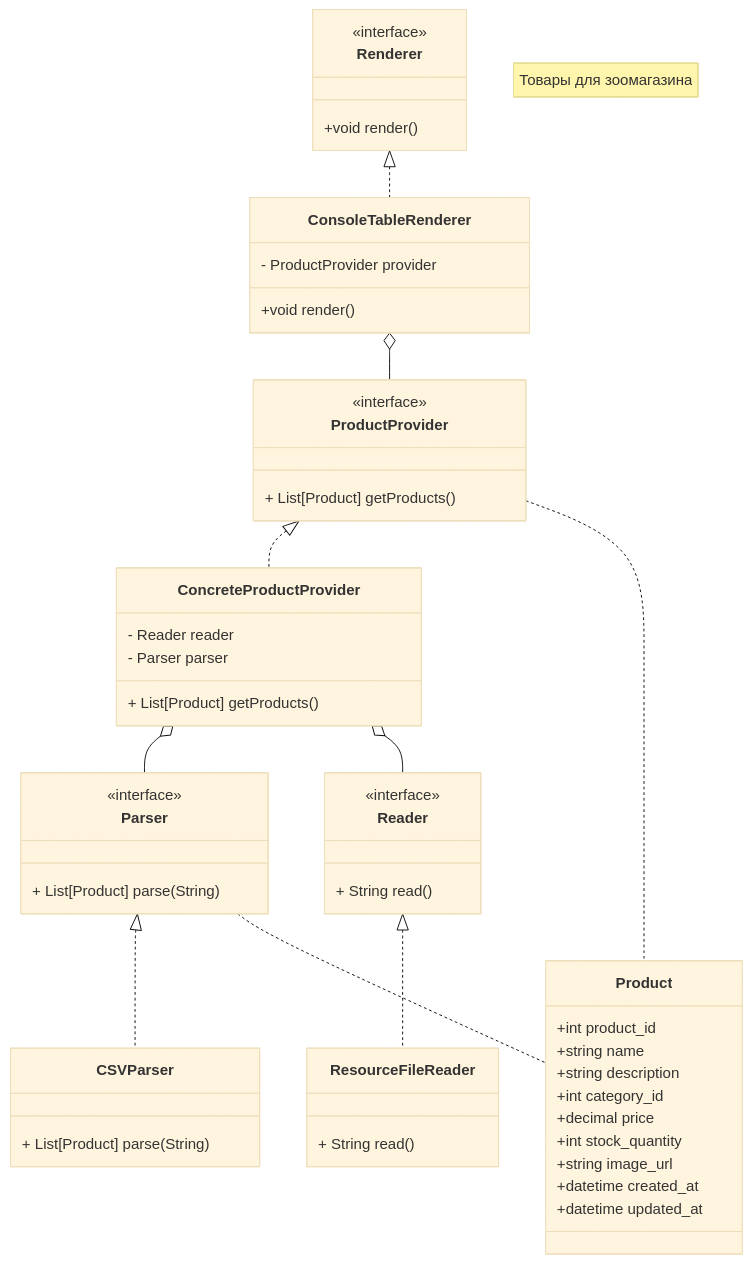
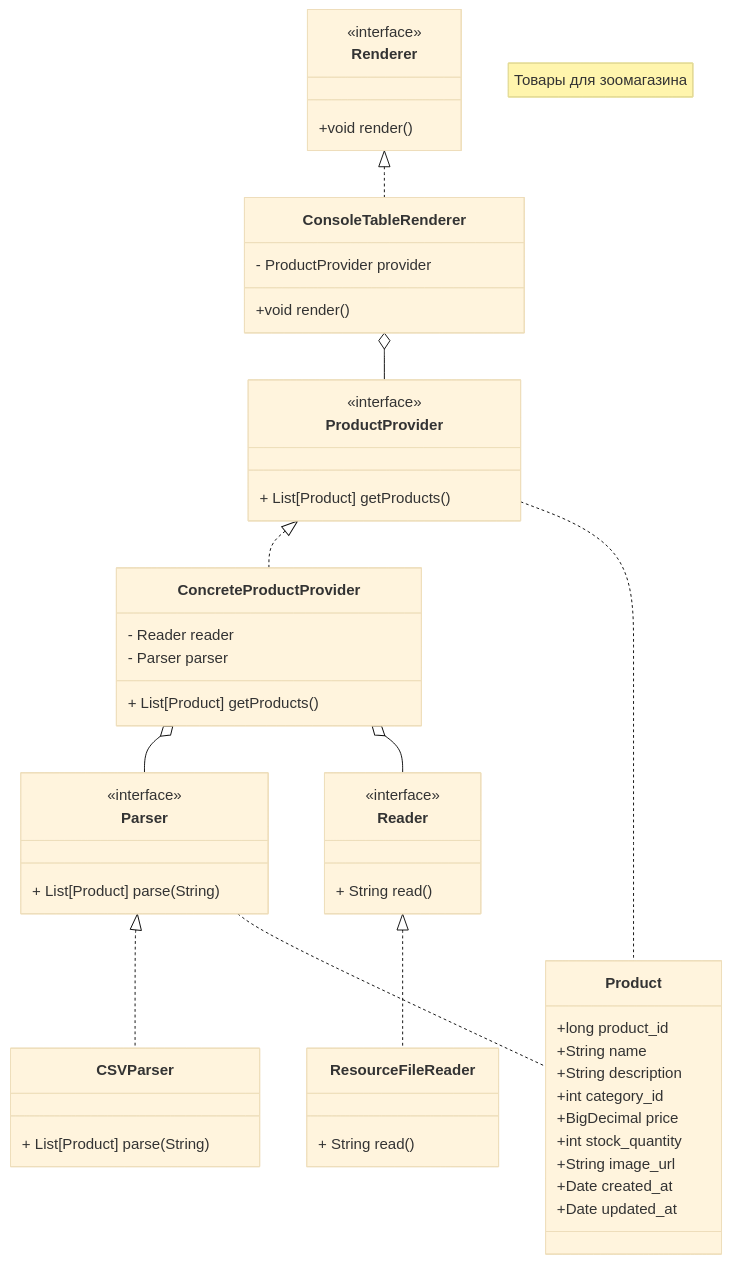
Before and after one commit to zaic-bsu/cad-2025: the diagram in les02/lab.md, drawn with Mermaid (base theme). The commit also changed 26 other files, not shown here.

````diff
--- a/les02/lab.md
+++ b/les02/lab.md
@@ -39,67 +39,67 @@
 ``` mermaid
 
 classDiagram
     note "Товары для зоомагазина"
     Reader <|.. ResourceFileReader
     Parser <|.. CSVParser
     ProductProvider <|.. ConcreteProductProvider
     ConcreteProductProvider o-- Parser
     ConcreteProductProvider o-- Reader
     Renderer <|.. ConsoleTableRenderer
     ConsoleTableRenderer o-- ProductProvider
     ProductProvider .. Product
     Parser .. Product
 
     class  Product {
-        +int product_id
-        +string name
-        +string description
+        +long product_id
+        +String name
+        +String description
         +int category_id
-        +decimal price
+        +BigDecimal price
         +int stock_quantity
-        +string image_url
-        +datetime created_at
-        +datetime updated_at
+        +String image_url
+        +Date created_at
+        +Date updated_at
     }
 
     class  Reader{
         + String read()
     }
     <<interface>> Reader
 
     class ResourceFileReader {
         + String read()
     }
 
     class  Parser{
         + List[Product] parse(String)
     }
     <<interface>> Parser
 
     class CSVParser {
         + List[Product] parse(String)
     }
 
     class  Renderer{
         +void render()
     }
     <<interface>> Renderer
 
     class ConsoleTableRenderer {
         - ProductProvider provider
         +void render()
     }
 
     class ProductProvider {
         + List[Product] getProducts()
     }
     <<interface>> ProductProvider
 
     class ConcreteProductProvider{
         - Reader reader
         - Parser parser
        + List[Product] getProducts()
     }
 
 
 ```
````
